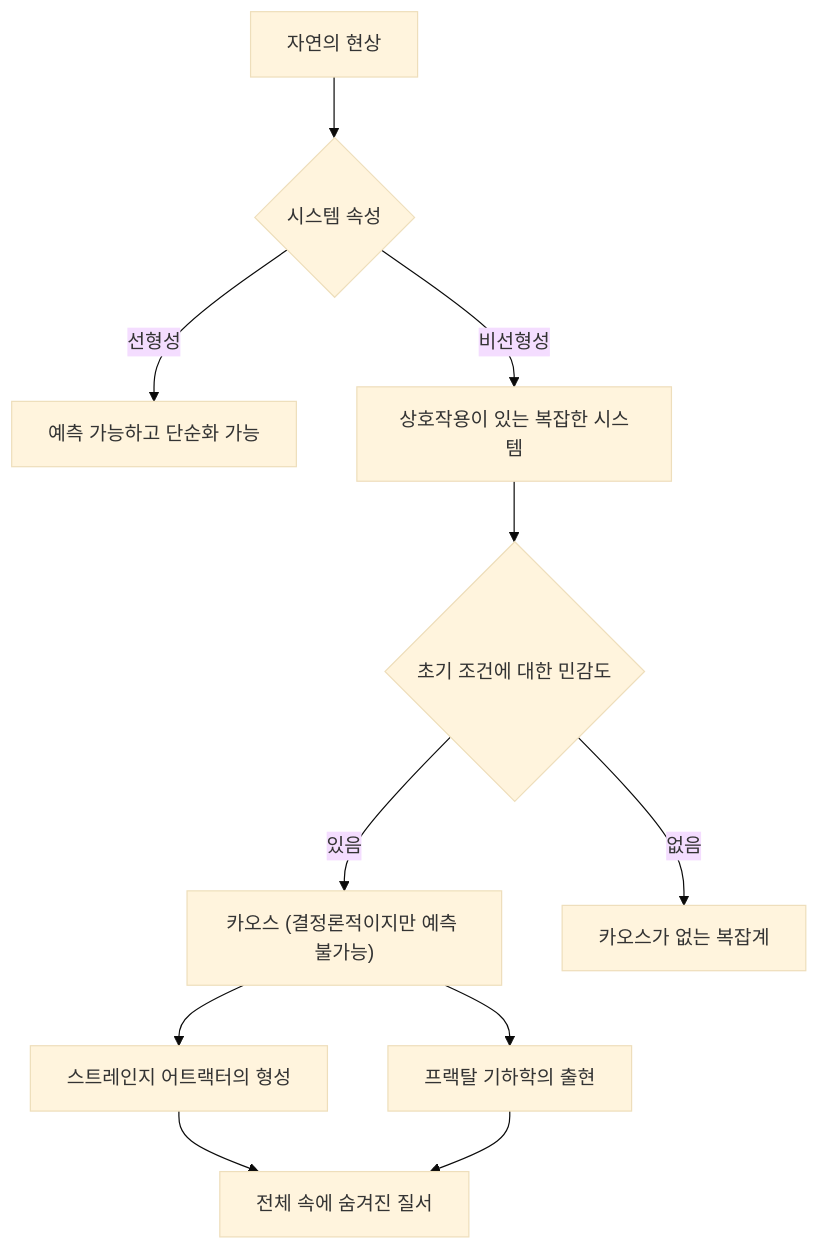
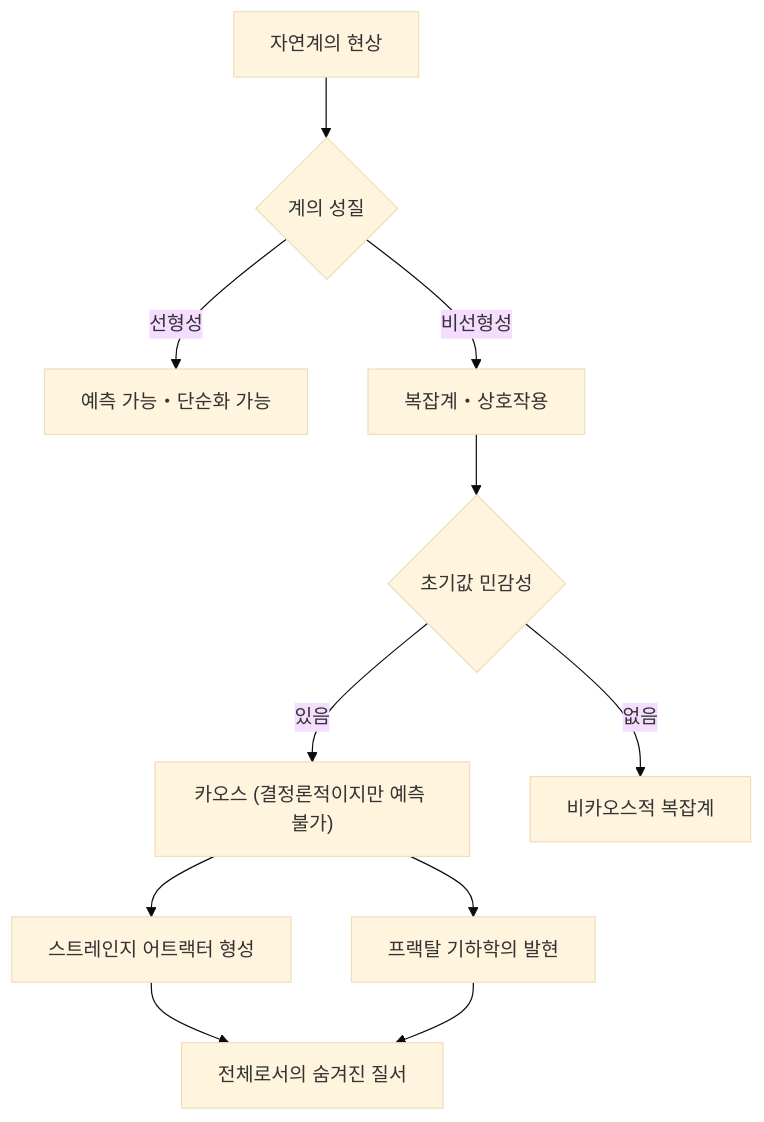
The second of 2 diagrams in content/post/chaos-theory/index.ko.md (kenjinote/blog), drawn with Mermaid (base theme) before and after one commit. The commit also changed other lines of this file and 97 other files, not shown here.

````diff
--- a/content/post/chaos-theory/index.ko.md
+++ b/content/post/chaos-theory/index.ko.md
@@ -201,13 +201,13 @@
 ```mermaid
 graph TD
-    A["자연의 현상"] --> B{"시스템 속성"}
-    B -->|"선형성"| C["예측 가능하고 단순화 가능"]
-    B -->|"비선형성"| D["상호작용이 있는 복잡한 시스템"]
-    D --> E{"초기 조건에 대한 민감도"}
-    E -->|"있음"| F["카오스 (결정론적이지만 예측 불가능)"]
-    E -->|"없음"| G["카오스가 없는 복잡계"]
-    F --> H["스트레인지 어트랙터의 형성"]
-    F --> I["프랙탈 기하학의 출현"]
-    H --> J["전체 속에 숨겨진 질서"]
+    A["자연계의 현상"] --> B{"계의 성질"}
+    B -->|"선형성"| C["예측 가능・단순화 가능"]
+    B -->|"비선형성"| D["복잡계・상호작용"]
+    D --> E{"초기값 민감성"}
+    E -->|"있음"| F["카오스 (결정론적이지만 예측 불가)"]
+    E -->|"없음"| G["비카오스적 복잡계"]
+    F --> H["스트레인지 어트랙터 형성"]
+    F --> I["프랙탈 기하학의 발현"]
+    H --> J["전체로서의 숨겨진 질서"]
     I --> J
 ```
````
